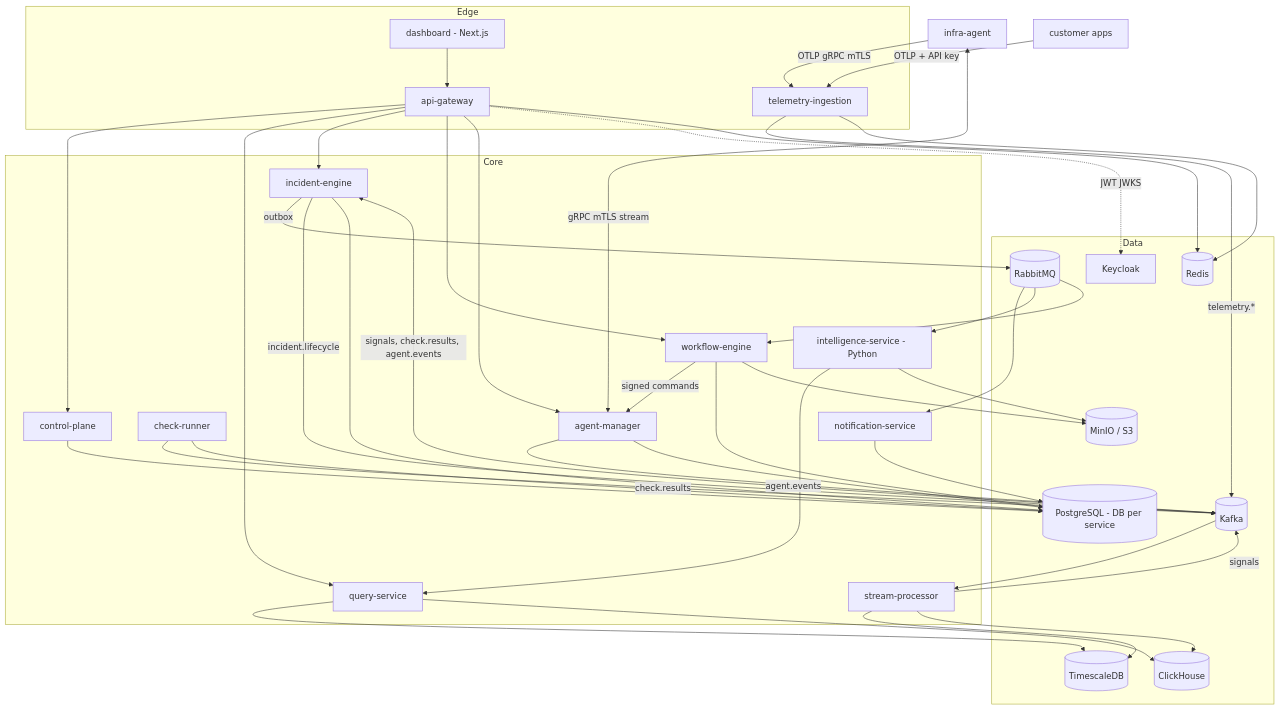
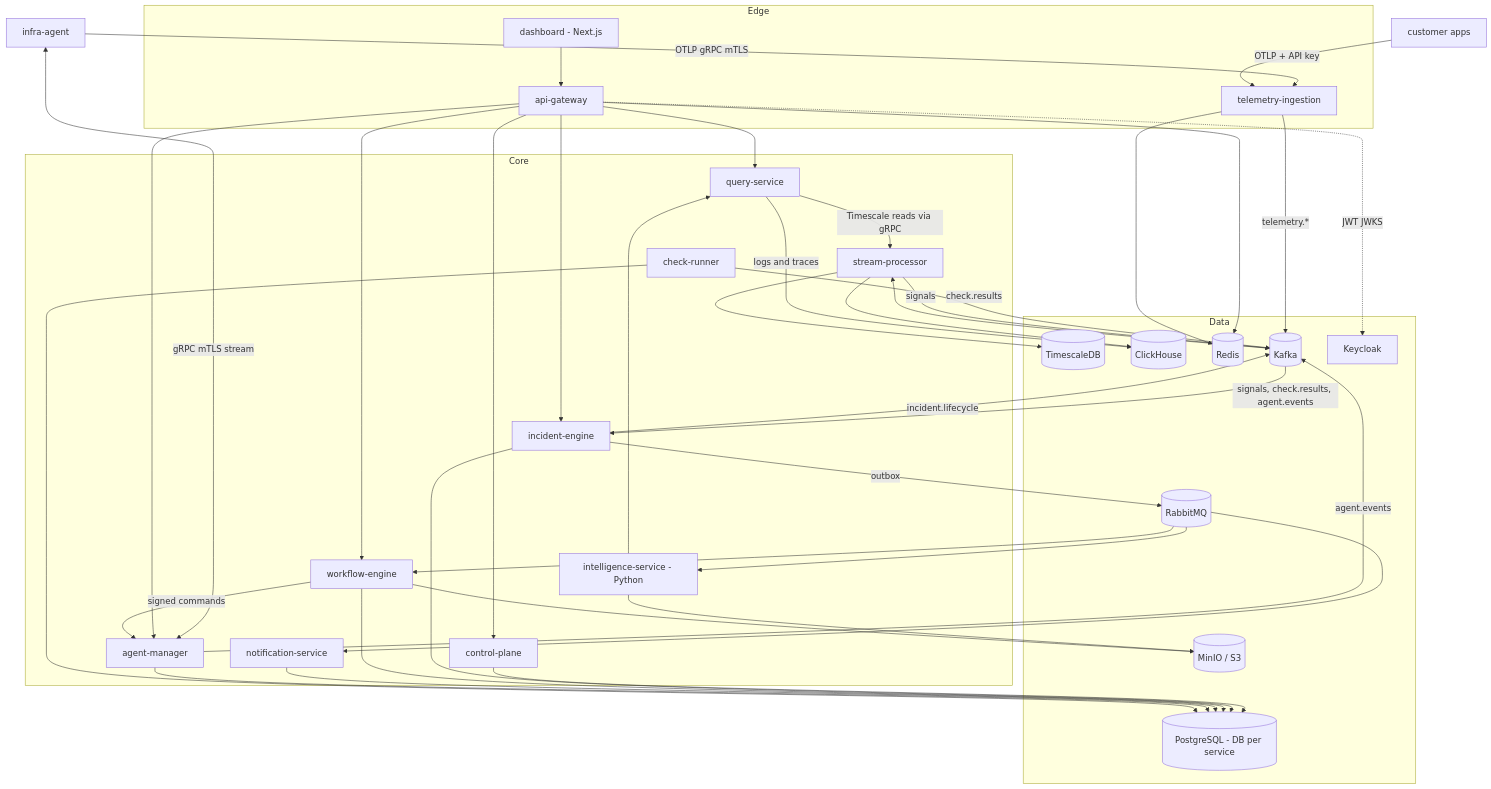
The diagram in docs/architecture/overview.md (zodixdev/infrapilot), drawn with Mermaid before and after one commit. The commit also changed other lines of this file and 9 other files, not shown here.

````diff
--- a/docs/architecture/overview.md
+++ b/docs/architecture/overview.md
@@ -20,50 +20,51 @@
 ```mermaid
 flowchart TB
     subgraph Edge
       UI[dashboard - Next.js]
       GW[api-gateway]
       IG[telemetry-ingestion]
     end
     subgraph Core
       CP[control-plane]
       CR[check-runner]
       SP[stream-processor]
       QS[query-service]
       IE[incident-engine]
       NS[notification-service]
       AM[agent-manager]
       WF[workflow-engine]
       AI[intelligence-service - Python]
     end
     subgraph Data
       PG[(PostgreSQL - DB per service)]
       TS[(TimescaleDB)]
       CH[(ClickHouse)]
       RD[(Redis)]
       KF[(Kafka)]
       RQ[(RabbitMQ)]
       S3[(MinIO / S3)]
       KC[Keycloak]
     end
     AG[infra-agent] <-->|gRPC mTLS stream| AM
     AG -->|OTLP gRPC mTLS| IG
     APP[customer apps] -->|OTLP + API key| IG
     UI --> GW
     GW --> CP & QS & IE & WF & AM
     GW -.JWT JWKS.-> KC
     CR -->|check.results| KF
     IG -->|telemetry.*| KF
     AM -->|agent.events| KF
     KF --> SP --> TS & CH
     SP -->|signals| KF
     KF -->|signals, check.results, agent.events| IE
     IE -->|outbox| RQ
     IE -->|incident.lifecycle| KF
     RQ --> NS & AI & WF
     WF -->|signed commands| AM
     AI --> QS
-    QS --> TS & CH
+    QS -->|Timescale reads via gRPC| SP
+    QS -->|logs and traces| CH
     CP & IE & WF & NS & AM & CR --> PG
     GW & IG --> RD
     AI & WF --> S3
 ```
````
